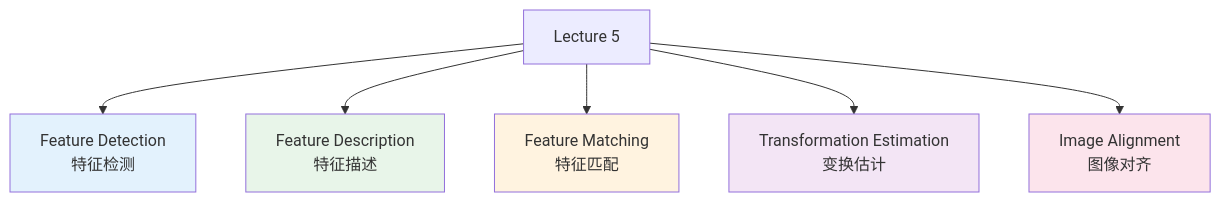
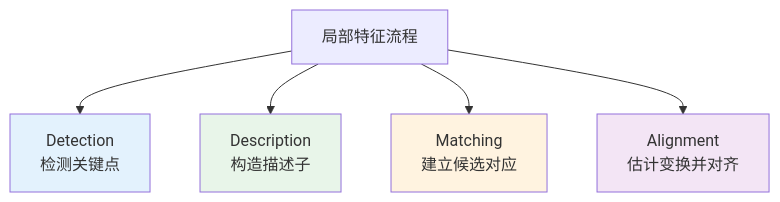
Before and after one commit to LiYuXv/computer-vision-notes: the first of 3 diagrams in 计算机视觉/笔记/Lecture 5 - 特征描述与图像对齐.md, drawn with Mermaid. The commit also changed other lines of this file and 6 other files, not shown here.

````diff
--- a/计算机视觉/笔记/Lecture 5 - 特征描述与图像对齐.md
+++ b/计算机视觉/笔记/Lecture 5 - 特征描述与图像对齐.md
@@ -29,14 +37,12 @@
 ```mermaid
 graph TD
-    A[Lecture 5] --> B[Feature Detection<br/>特征检测]
-    A --> C[Feature Description<br/>特征描述]
-    A --> D[Feature Matching<br/>特征匹配]
-    A --> E[Transformation Estimation<br/>变换估计]
-    A --> F[Image Alignment<br/>图像对齐]
+    A[局部特征流程] --> B[Detection<br/>检测关键点]
+    A --> C[Description<br/>构造描述子]
+    A --> D[Matching<br/>建立候选对应]
+    A --> E[Alignment<br/>估计变换并对齐]
 
     style B fill:#e3f2fd
     style C fill:#e8f5e9
     style D fill:#fff3e0
     style E fill:#f3e5f5
-    style F fill:#fce4ec
 ```
````
